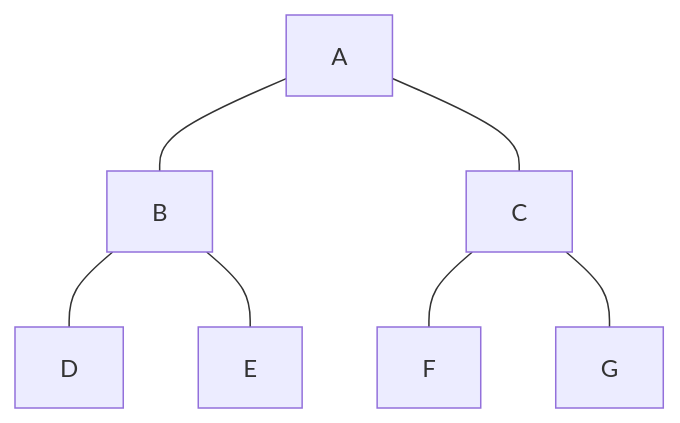
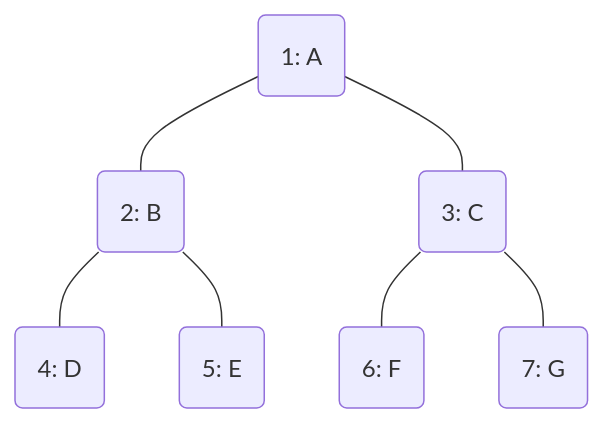
One commit to ohshane/ohshane.github.io changed the diagram in posts/BinaryHeap.qmd. Above: the diagram before and after it, drawn with Mermaid. The commit also changed other lines of this file, not shown here.

````diff
--- a/posts/BinaryHeap.qmd
+++ b/posts/BinaryHeap.qmd
@@ -16,10 +16,10 @@
 ```{mermaid}
 %%| fig-align: center 
 flowchart TB
-  A --- B
-  A --- C
-  B --- D
-  B --- E
-  C --- F
-  C --- G
+  A(1: A) --- B(2: B)
+  A --- C(3: C)
+  B --- D(4: D)
+  B --- E(5: E)
+  C --- F(6: F)
+  C --- G(7: G)
 ```
````
